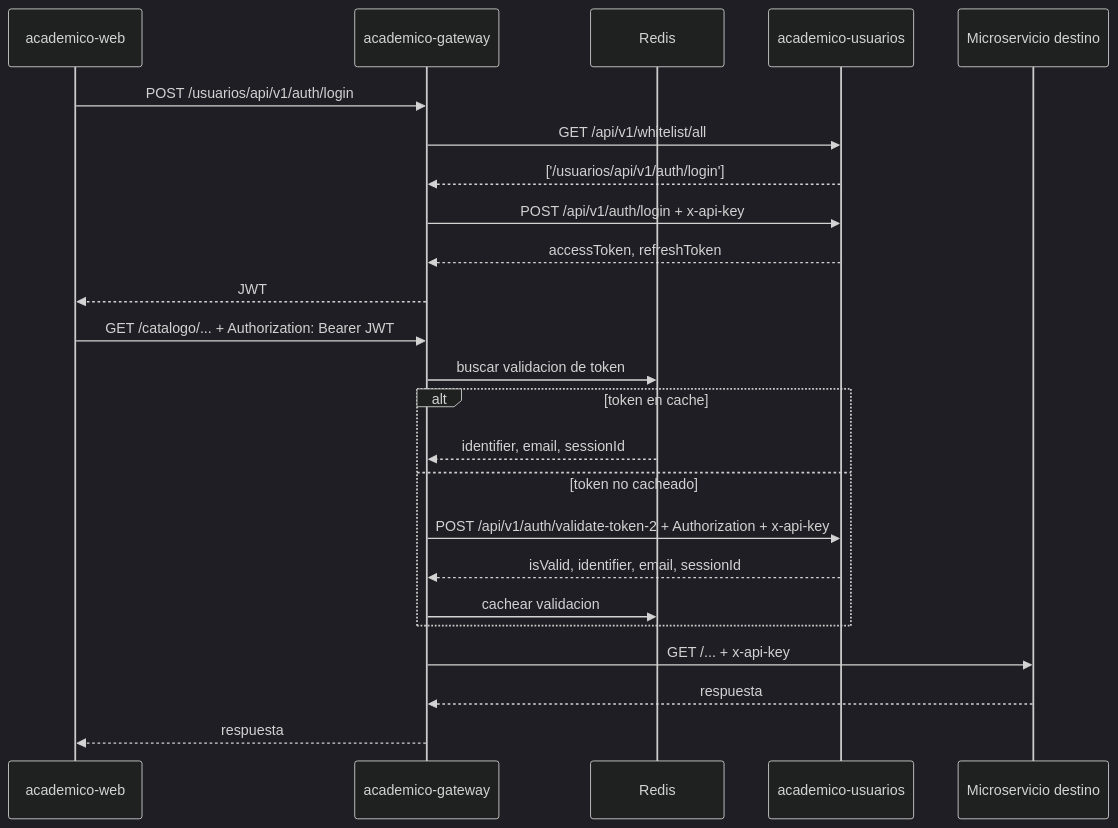
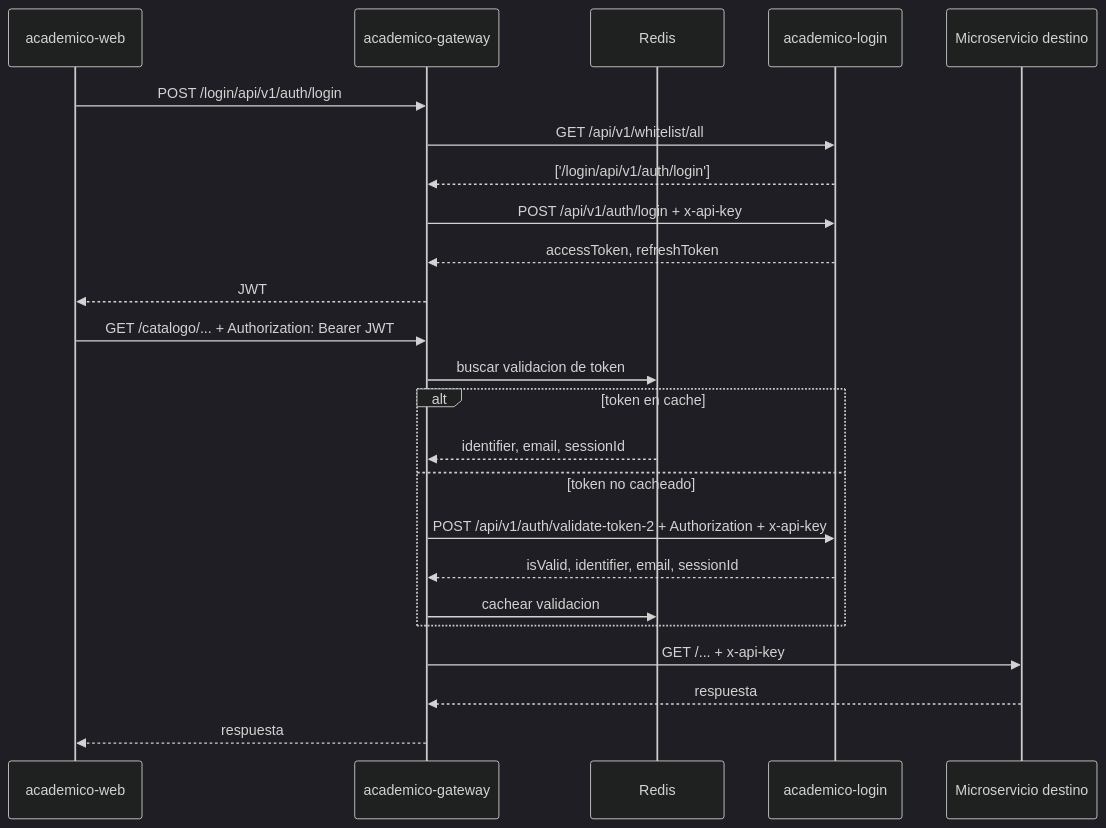
Before and after one commit to academic-mgmt-org/academico-gateway: the diagram in docs/architecture/gateway-auth-routing.md, drawn with Mermaid (dark theme). The commit also changed other lines of this file and 13 other files, not shown here.

Commit message:
feat: decouple auth routing to new login microservice and update configuration and documentation

````diff
--- a/docs/architecture/gateway-auth-routing.md
+++ b/docs/architecture/gateway-auth-routing.md
@@ -20,28 +20,28 @@
 ```mermaid
 sequenceDiagram
     participant Web as academico-web
     participant Gateway as academico-gateway
     participant Redis as Redis
-    participant Usuarios as academico-usuarios
+    participant Login as academico-login
     participant Servicio as Microservicio destino
 
-    Web->>Gateway: POST /usuarios/api/v1/auth/login
-    Gateway->>Usuarios: GET /api/v1/whitelist/all
-    Usuarios-->>Gateway: ['/usuarios/api/v1/auth/login']
-    Gateway->>Usuarios: POST /api/v1/auth/login + x-api-key
-    Usuarios-->>Gateway: accessToken, refreshToken
+    Web->>Gateway: POST /login/api/v1/auth/login
+    Gateway->>Login: GET /api/v1/whitelist/all
+    Login-->>Gateway: ['/login/api/v1/auth/login']
+    Gateway->>Login: POST /api/v1/auth/login + x-api-key
+    Login-->>Gateway: accessToken, refreshToken
     Gateway-->>Web: JWT
 
     Web->>Gateway: GET /catalogo/... + Authorization: Bearer JWT
     Gateway->>Redis: buscar validacion de token
     alt token en cache
         Redis-->>Gateway: identifier, email, sessionId
     else token no cacheado
-        Gateway->>Usuarios: POST /api/v1/auth/validate-token-2 + Authorization + x-api-key
-        Usuarios-->>Gateway: isValid, identifier, email, sessionId
+        Gateway->>Login: POST /api/v1/auth/validate-token-2 + Authorization + x-api-key
+        Login-->>Gateway: isValid, identifier, email, sessionId
         Gateway->>Redis: cachear validacion
     end
     Gateway->>Servicio: GET /... + x-api-key
     Servicio-->>Gateway: respuesta
     Gateway-->>Web: respuesta
 ```
````
